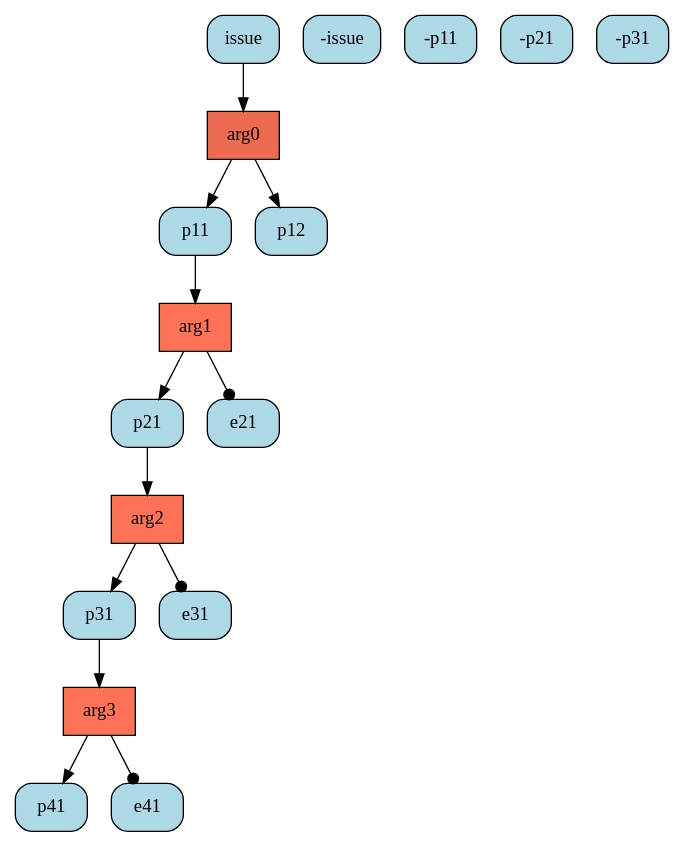
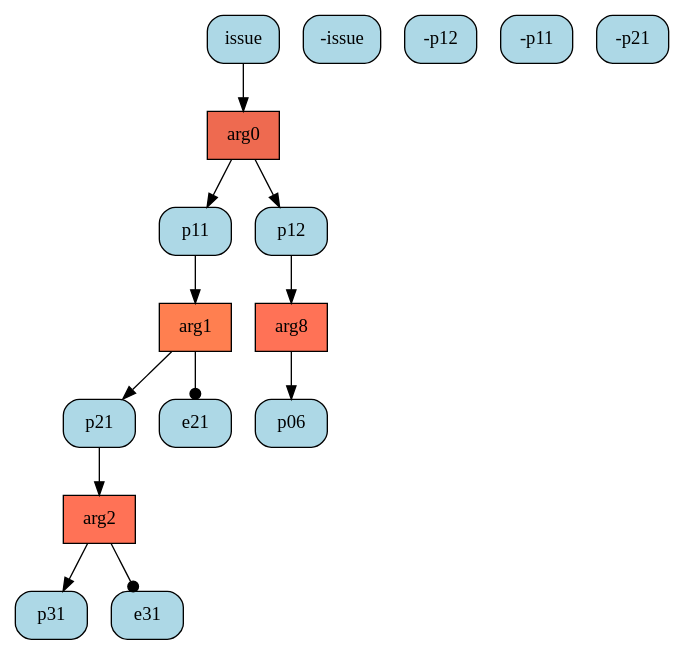
One commit to goweiting/carneades-ext changed the diagram in system/dot/deep1vs1/1_0-3.dot. Above: the diagram before and after it, drawn with Graphviz. The commit also changed 62 other files, not shown here.

```diff
--- a/system/dot/deep1vs1/1_0-3.dot
+++ b/system/dot/deep1vs1/1_0-3.dot
@@ -1,31 +1,29 @@
 digraph G{ 
 "arg0" [color="black", fillcolor="coral2",fixedsize=false, shape=box, style="filled"]; 
 "issue" [color="black", fillcolor="lightblue", fixedsize=false,  shape="box", style="rounded,filled"]; 
 "-issue" [color="black", fillcolor="lightblue", fixedsize=false,  shape="box", style="rounded,filled"]; 
 "p11" [color="black", fillcolor="lightblue", fixedsize=false,  shape="box", style="rounded,filled"]; 
 "p12" [color="black", fillcolor="lightblue", fixedsize=false,  shape="box", style="rounded,filled"]; 
-"arg1" [color="black", fillcolor="coral1",fixedsize=false, shape=box, style="filled"]; 
+"arg8" [color="black", fillcolor="coral1",fixedsize=false, shape=box, style="filled"]; 
+"-p12" [color="black", fillcolor="lightblue", fixedsize=false,  shape="box", style="rounded,filled"]; 
+"p06" [color="black", fillcolor="lightblue", fixedsize=false,  shape="box", style="rounded,filled"]; 
+"arg1" [color="black", fillcolor="coral",fixedsize=false, shape=box, style="filled"]; 
 "-p11" [color="black", fillcolor="lightblue", fixedsize=false,  shape="box", style="rounded,filled"]; 
 "p21" [color="black", fillcolor="lightblue", fixedsize=false,  shape="box", style="rounded,filled"]; 
 "e21" [color="black", fillcolor="lightblue", fixedsize=false,  shape="box", style="rounded,filled"]; 
 "arg2" [color="black", fillcolor="coral1",fixedsize=false, shape=box, style="filled"]; 
 "-p21" [color="black", fillcolor="lightblue", fixedsize=false,  shape="box", style="rounded,filled"]; 
 "p31" [color="black", fillcolor="lightblue", fixedsize=false,  shape="box", style="rounded,filled"]; 
 "e31" [color="black", fillcolor="lightblue", fixedsize=false,  shape="box", style="rounded,filled"]; 
-"arg3" [color="black", fillcolor="coral1",fixedsize=false, shape=box, style="filled"]; 
-"-p31" [color="black", fillcolor="lightblue", fixedsize=false,  shape="box", style="rounded,filled"]; 
-"p41" [color="black", fillcolor="lightblue", fixedsize=false,  shape="box", style="rounded,filled"]; 
-"e41" [color="black", fillcolor="lightblue", fixedsize=false,  shape="box", style="rounded,filled"]; 
 "issue" -> "arg0" ; 
 "arg0" -> "p11" ; 
 "arg0" -> "p12" ; 
+"p12" -> "arg8" ; 
+"arg8" -> "p06" ; 
 "p11" -> "arg1" ; 
 "arg1" -> "p21" ; 
 "arg1" -> "e21" [arrowhead=dot] ; 
 "p21" -> "arg2" ; 
 "arg2" -> "p31" ; 
 "arg2" -> "e31" [arrowhead=dot] ; 
-"p31" -> "arg3" ; 
-"arg3" -> "p41" ; 
-"arg3" -> "e41" [arrowhead=dot] ; 
 }
```
